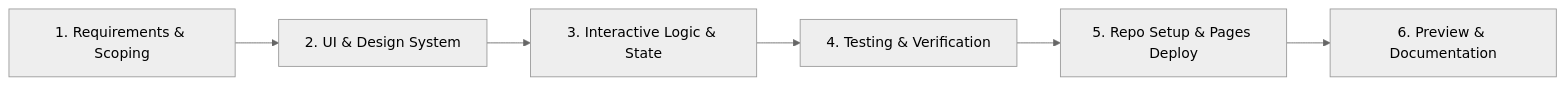
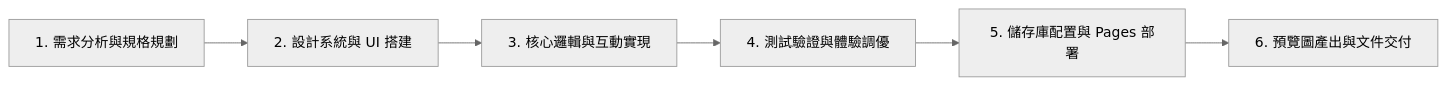
One commit to Richard5007/0916 changed the diagram in README.md. Above: the diagram before and after it, drawn with Mermaid (neutral theme). The commit also changed other lines of this file and 2 other files, not shown here.

Commit message:
i18n: localize complete website and documentation to Traditional Chinese

````diff
--- a/README.md
+++ b/README.md
@@ -52,8 +51,8 @@
 ```mermaid
 graph LR
-    A[1. Requirements & Scoping] --> B[2. UI & Design System]
-    B --> C[3. Interactive Logic & State]
-    C --> D[4. Testing & Verification]
-    D --> E[5. Repo Setup & Pages Deploy]
-    E --> F[6. Preview & Documentation]
+    A[1. 需求分析與規格規劃] --> B[2. 設計系統與 UI 搭建]
+    B --> C[3. 核心邏輯與互動實現]
+    C --> D[4. 測試驗證與體驗調優]
+    D --> E[5. 儲存庫配置與 Pages 部署]
+    E --> F[6. 預覽圖產出與文件交付]
 ```
````
